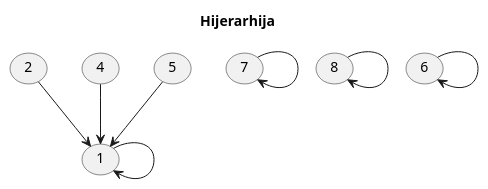
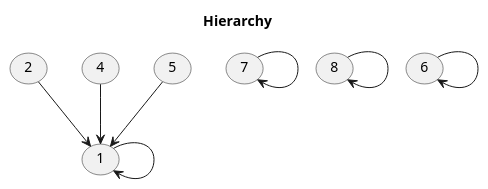
One commit to majkinetor/mm-docs-template changed the first of 3 diagrams in source/docs/demo.md. Above: the diagram before and after it, drawn with PlantUML. The commit also changed other lines of this file and 1 other file, not shown here.

````diff
--- a/source/docs/demo.md
+++ b/source/docs/demo.md
@@ -168,10 +171,10 @@
 ```plantuml format="svg"
-title Hijerarhija
+title Hierarchy
 (1) --> (1)
 (2) --> (1)
 (4) --> (1)
 (5) --> (1)
 (7) --> (7)
 (8) --> (8)
 (6) --> (6)
 ```
````
